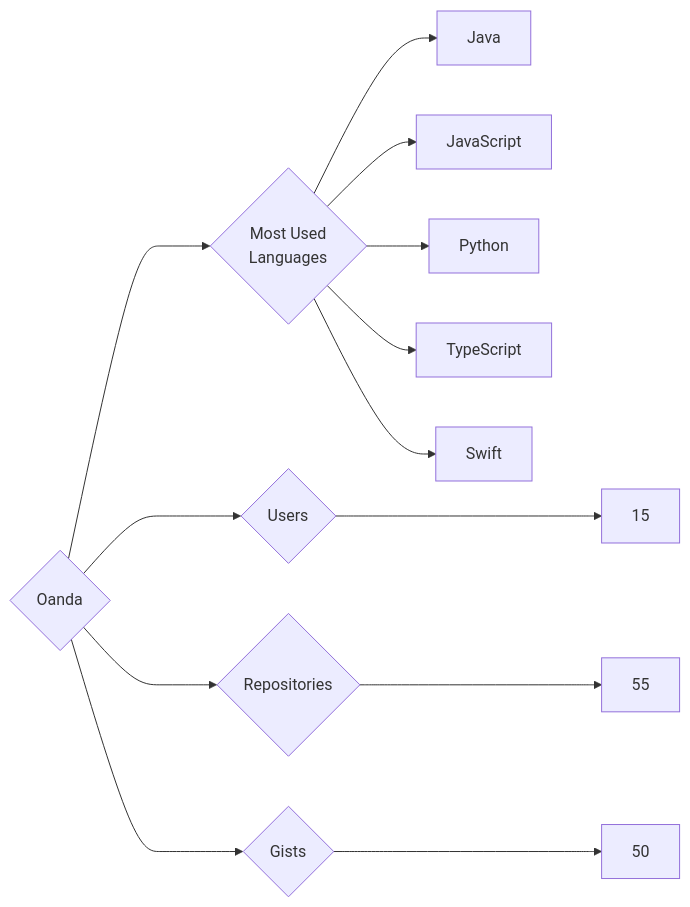
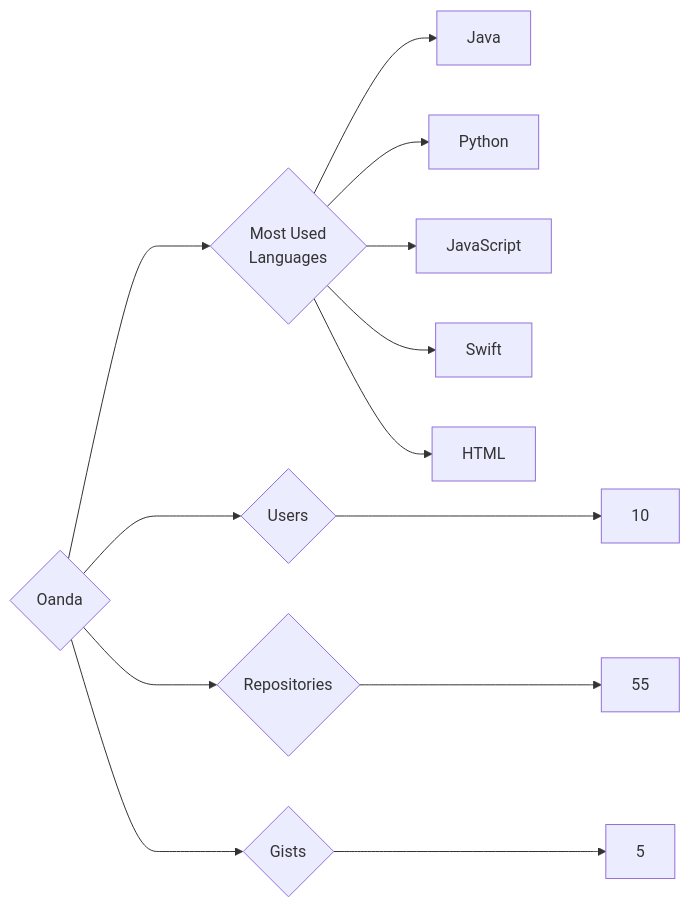
The diagram in targets/Oanda/README.md (trickest/insiders), drawn with Mermaid before and after one commit. The commit also changed 860 other files, not shown here.

````diff
--- a/targets/Oanda/README.md
+++ b/targets/Oanda/README.md
@@ -3,13 +3,13 @@
 ```mermaid
 graph LR
 COMPANY_NAME{Oanda}
-COMPANY_NAME ---> U{Users} ---> UN[15]
+COMPANY_NAME ---> U{Users} ---> UN[10]
 COMPANY_NAME ---> R{Repositories} ---> RN[55]
-COMPANY_NAME ---> G{Gists} ---> GN[50]
+COMPANY_NAME ---> G{Gists} ---> GN[5]
 COMPANY_NAME ---> ML{Most Used<br>Languages}
 ML --> Java[Java]
+ML --> Python[Python]
 ML --> JavaScript[JavaScript]
-ML --> Python[Python]
-ML --> TypeScript[TypeScript]
 ML --> Swift[Swift]
+ML --> HTML[HTML]
 ```
````
